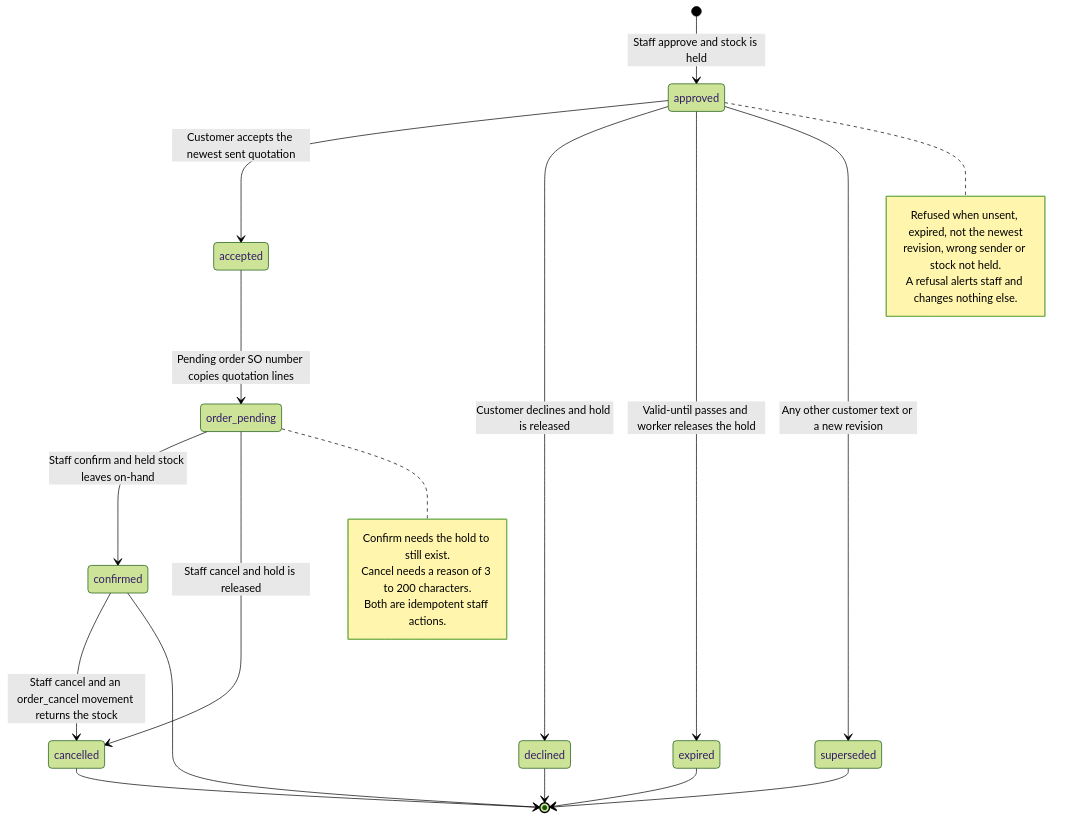
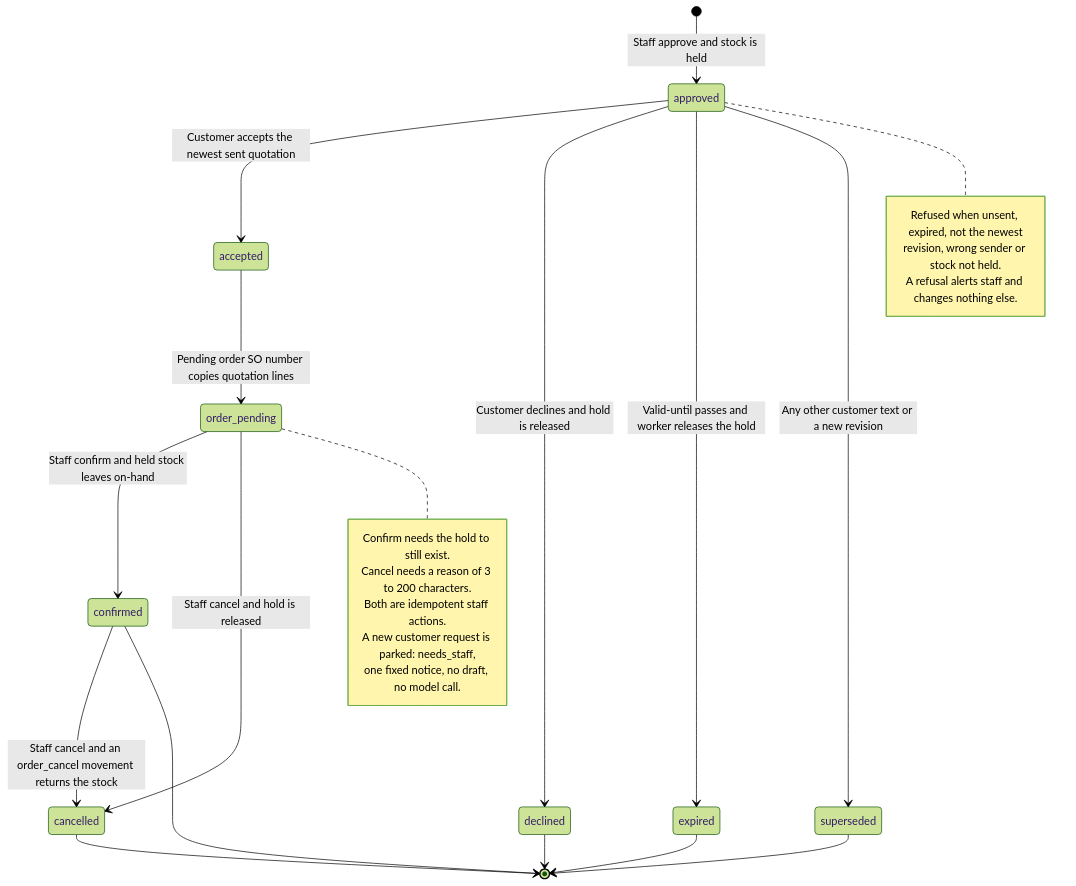
One commit to Nagdy8888/lumaquote changed the diagram in docs/diagrams/order-lifecycle.mmd. Above: the diagram before and after it, drawn with Mermaid (forest theme). The commit also changed 27 other files, not shown here.

First line of the commit message:
fix(orders): repeat customer requests after an accepted quotation (D49)

```diff
--- a/docs/diagrams/order-lifecycle.mmd
+++ b/docs/diagrams/order-lifecycle.mmd
@@ -1,27 +1,29 @@
 stateDiagram-v2
   accTitle: Quotation answer and order lifecycle with stock holds
-  accDescr: An approved and sent quotation holds its stock. The customer can accept it by typing a fixed phrase or pressing the Telegram button, or decline it. Acceptance creates a pending order and keeps the hold. Decline, expiry and a new revision release the hold. Staff confirm the pending order, which moves the stock out of on-hand, or cancel it, which releases the hold. A confirmed order can still be cancelled and its stock returns.
+  accDescr: An approved and sent quotation holds its stock. The customer can accept it by typing a fixed phrase or pressing the Telegram button, or decline it. Acceptance creates a pending order and keeps the hold. Decline, expiry and a new revision release the hold. Staff confirm the pending order, which moves the stock out of on-hand, or cancel it, which releases the hold. A confirmed order can still be cancelled and its stock returns. A new customer request while the order is pending is parked for staff with one fixed notice; after the order is confirmed the next request starts a new quotation and the accepted one stays for history.
   [*] --> approved: Staff approve and stock is held
   approved --> accepted: Customer accepts the newest sent quotation
   approved --> declined: Customer declines and hold is released
   approved --> expired: Valid-until passes and worker releases the hold
   approved --> superseded: Any other customer text or a new revision
   accepted --> order_pending: Pending order SO number copies quotation lines
   order_pending --> confirmed: Staff confirm and held stock leaves on-hand
   order_pending --> cancelled: Staff cancel and hold is released
   declined --> [*]
   expired --> [*]
   superseded --> [*]
   confirmed --> cancelled: Staff cancel and an order_cancel movement returns the stock
   confirmed --> [*]
   cancelled --> [*]
   note right of approved
     Refused when unsent, expired, not the newest
     revision, wrong sender or stock not held.
     A refusal alerts staff and changes nothing else.
   end note
   note right of order_pending
     Confirm needs the hold to still exist.
     Cancel needs a reason of 3 to 200 characters.
     Both are idempotent staff actions.
+    A new customer request is parked: needs_staff,
+    one fixed notice, no draft, no model call.
   end note
```
